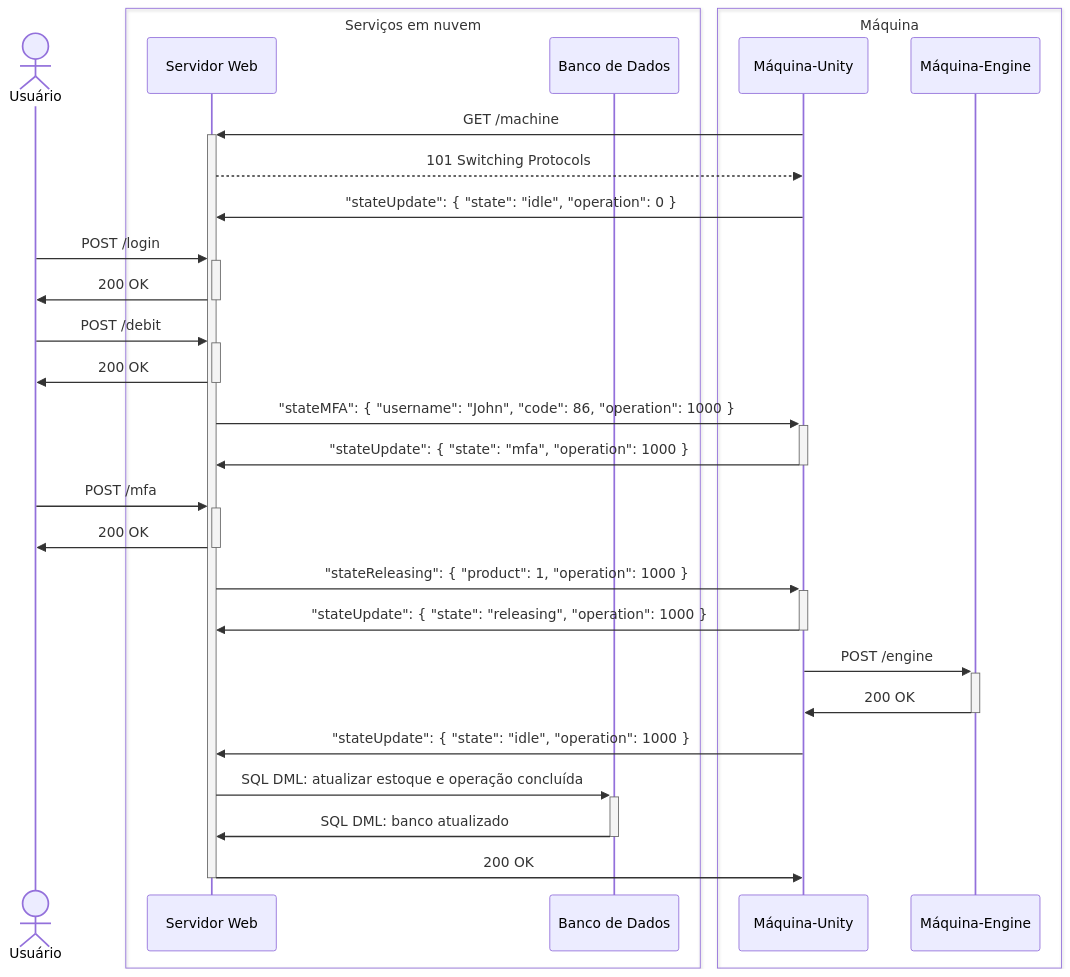
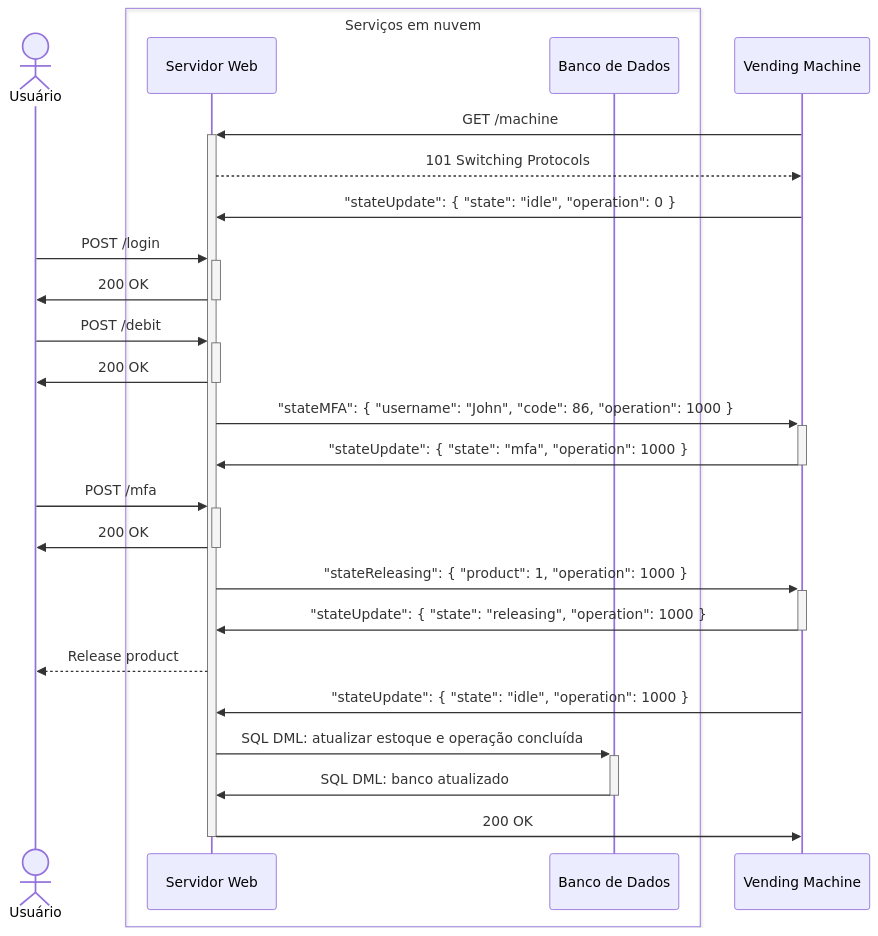
Before and after one commit to feira-de-jogos/feira-de-jogos: the ninth of 10 diagrams in v2/README.md, drawn with Mermaid. The commit also changed other lines of this file and 1 other file, not shown here.

````diff
--- a/v2/README.md
+++ b/v2/README.md
@@ -244,41 +244,36 @@
 ```mermaid
 sequenceDiagram
   actor Usuário
   box Serviços em nuvem
     participant Servidor Web
     participant Banco de Dados
   end
-  box Máquina
-    participant Máquina-Unity
-    participant Máquina-Engine
-  end
+  participant Vending Machine
 
-  Máquina-Unity ->>+ Servidor Web: GET /machine
-  Servidor Web -->> Máquina-Unity: 101 Switching Protocols
-  Máquina-Unity ->> Servidor Web: "stateUpdate": { "state": "idle", "operation": 0 }
+  Vending Machine ->>+ Servidor Web: GET /machine
+  Servidor Web -->> Vending Machine: 101 Switching Protocols
+  Vending Machine ->> Servidor Web: "stateUpdate": { "state": "idle", "operation": 0 }
 
   Usuário ->>+ Servidor Web: POST /login
   Servidor Web ->>- Usuário: 200 OK
   
   Usuário ->>+ Servidor Web: POST /debit
   Servidor Web ->>- Usuário: 200 OK
 
-  Servidor Web  ->>+ Máquina-Unity: "stateMFA": { "username": "John", "code": 86, "operation": 1000 }
-  Máquina-Unity ->>- Servidor Web: "stateUpdate": { "state": "mfa", "operation": 1000 }
+  Servidor Web  ->>+ Vending Machine: "stateMFA": { "username": "John", "code": 86, "operation": 1000 }
+  Vending Machine ->>- Servidor Web: "stateUpdate": { "state": "mfa", "operation": 1000 }
 
   Usuário ->>+ Servidor Web: POST /mfa
   Servidor Web ->>- Usuário: 200 OK
 
-  Servidor Web ->>+ Máquina-Unity: "stateReleasing": { "product": 1, "operation": 1000 }
-  Máquina-Unity ->>- Servidor Web: "stateUpdate": { "state": "releasing", "operation": 1000 }
+  Servidor Web ->>+ Vending Machine: "stateReleasing": { "product": 1, "operation": 1000 }
+  Vending Machine ->>- Servidor Web: "stateUpdate": { "state": "releasing", "operation": 1000 }
+  Servidor Web -->> Usuário: Release product
 
-  Máquina-Unity ->>+ Máquina-Engine: POST /engine
-  Máquina-Engine ->>- Máquina-Unity: 200 OK
-
-  Máquina-Unity ->> Servidor Web: "stateUpdate": { "state": "idle", "operation": 1000 }
+  Vending Machine ->> Servidor Web: "stateUpdate": { "state": "idle", "operation": 1000 }
 
   Servidor Web ->>+ Banco de Dados: SQL DML: atualizar estoque e operação concluída
   Banco de Dados ->>- Servidor Web: SQL DML: banco atualizado
 
-  Servidor Web ->>- Máquina-Unity: 200 OK
+  Servidor Web ->>- Vending Machine: 200 OK
 ```
````
